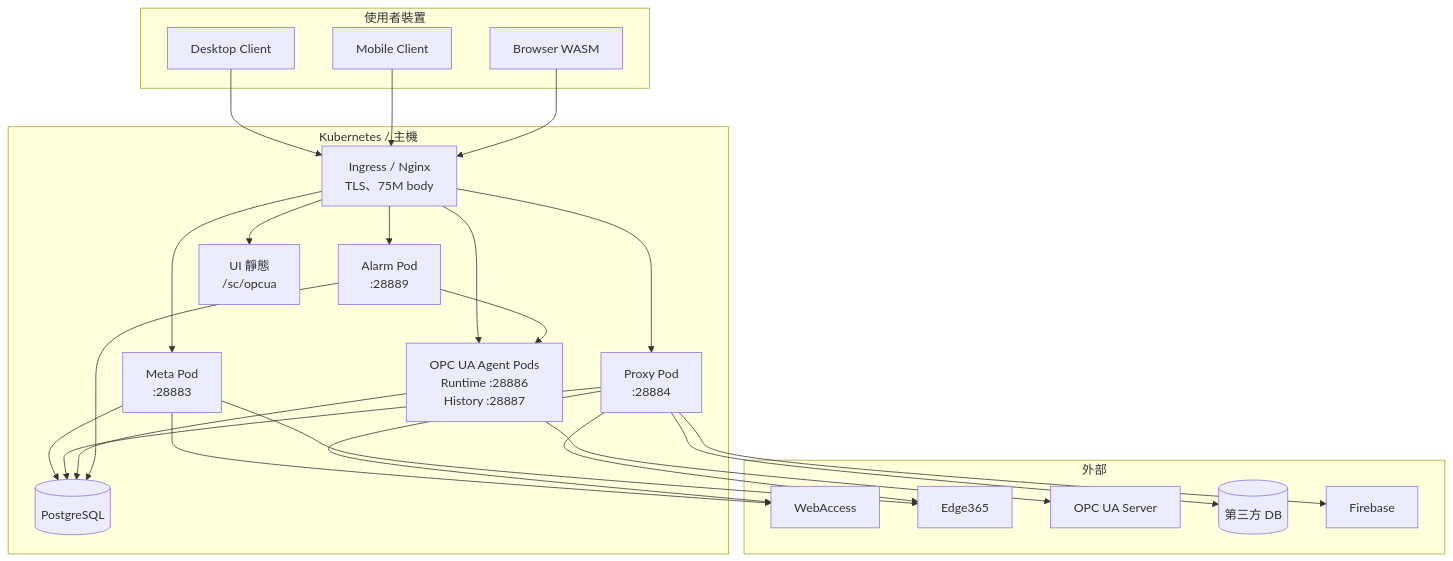
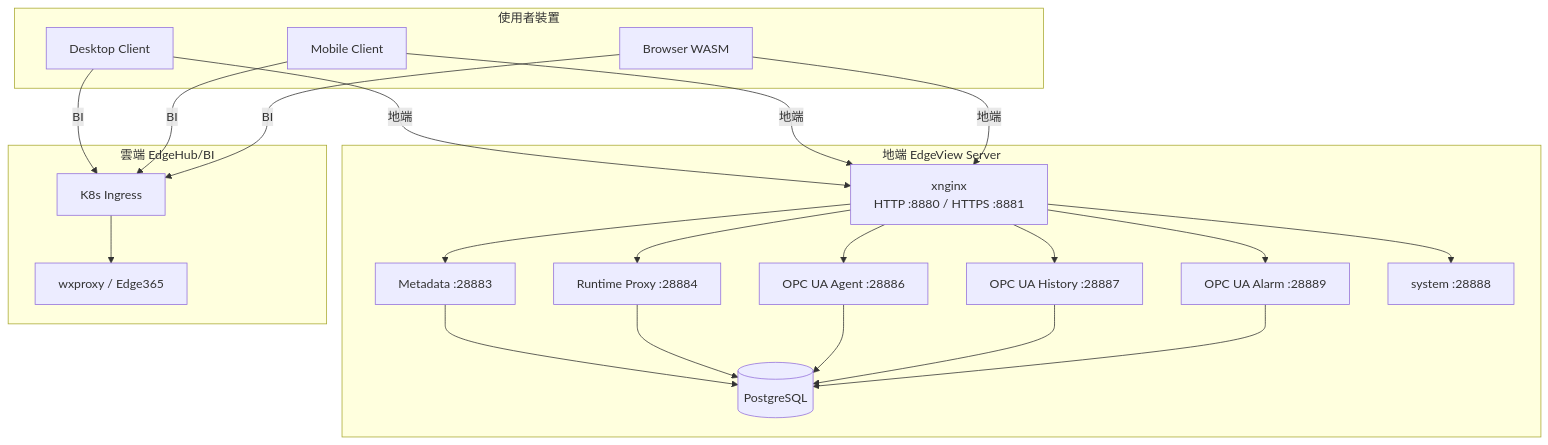
The fourth of 8 diagrams in SDS/02_System_Architecture.md (PochengChen-del/EdgeViewDoc), drawn with Mermaid before and after one commit. The commit also changed other lines of this file and 19 other files, not shown here.

Commit message:
完成 SDS 架構調整，將「地端 xnginx」與「EdgeHub/BI K8s Ingress」明確分流

````diff
--- a/SDS/02_System_Architecture.md
+++ b/SDS/02_System_Architecture.md
@@ -153,45 +183,44 @@
 ```mermaid
 flowchart TB
-    subgraph Browser["使用者裝置"]
+    subgraph Devices["使用者裝置"]
         C1[Desktop Client]
         C2[Mobile Client]
         C3[Browser WASM]
     end
-    subgraph K8s["Kubernetes / 主機"]
-        ING[Ingress / Nginx<br/>TLS、75M body]
-        META[Meta Pod<br/>:28883]
-        PROXY[Proxy Pod<br/>:28884]
-        AGENT[OPC UA Agent Pods<br/>Runtime :28886<br/>History :28887]
-        ALARM[Alarm Pod<br/>:28889]
-        UI[UI 靜態<br/>/sc/opcua]
+
+    subgraph Local["地端 EdgeView Server"]
+        NG[xnginx<br/>HTTP :8880 / HTTPS :8881]
+        META[Metadata :28883]
+        PROXY[Runtime Proxy :28884]
+        AGENT[OPC UA Agent :28886]
+        HIST[OPC UA History :28887]
+        ALARM[OPC UA Alarm :28889]
+        SYS[system :28888]
         PG[(PostgreSQL)]
     end
-    subgraph External["外部"]
-        WA[WebAccess]
-        EH[Edge365]
-        OPC[OPC UA Server]
-        DB[(第三方 DB)]
-        FCM[Firebase]
+
+    subgraph Cloud["雲端 EdgeHub/BI"]
+        ING[K8s Ingress]
+        EH[wxproxy / Edge365]
     end
 
-    C1 --> ING
-    C2 --> ING
-    C3 --> ING
-    ING --> META
-    ING --> PROXY
-    ING --> AGENT
-    ING --> ALARM
-    ING --> UI
+    C1 -->|地端| NG
+    C2 -->|地端| NG
+    C3 -->|地端| NG
+    C1 -->|BI| ING
+    C2 -->|BI| ING
+    C3 -->|BI| ING
+    ING --> EH
+
+    NG --> META
+    NG --> PROXY
+    NG --> AGENT
+    NG --> HIST
+    NG --> ALARM
+    NG --> SYS
     META --> PG
     PROXY --> PG
     AGENT --> PG
+    HIST --> PG
     ALARM --> PG
-    META --> WA
-    META --> EH
-    PROXY --> WA
-    PROXY --> EH
-    PROXY --> DB
-    PROXY --> FCM
-    AGENT --> OPC
-    ALARM --> AGENT
 ```
````
